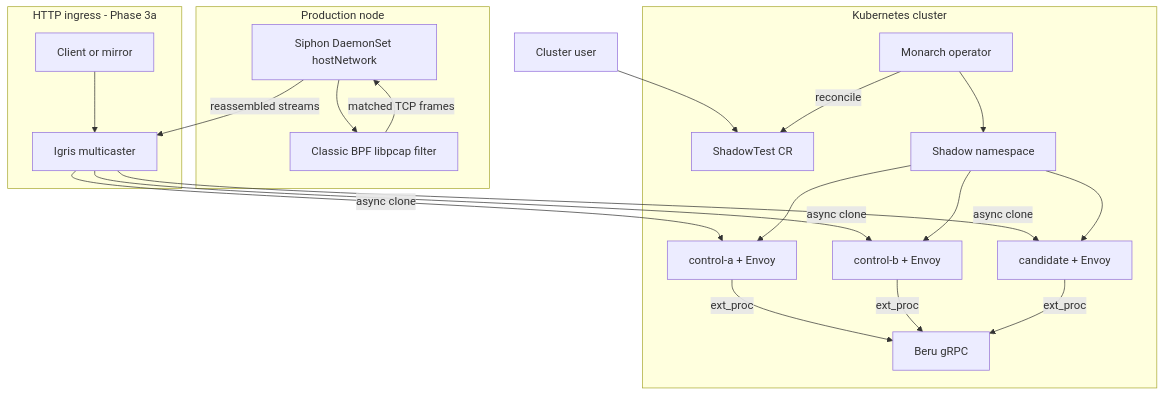
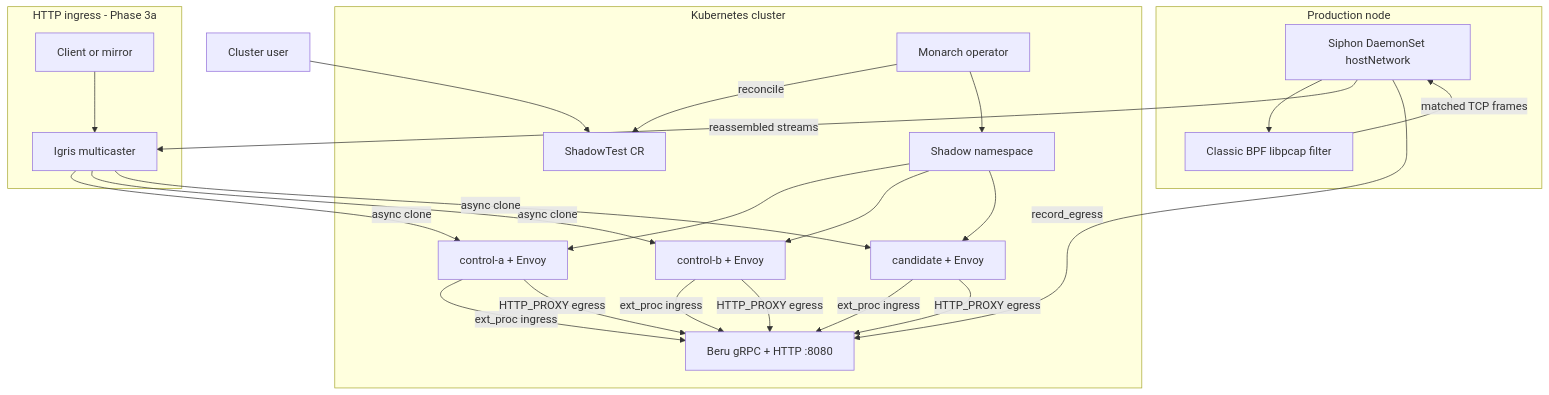
The first of 7 diagrams in ARCHITECTURE.md (nederrgo/shadow-diff), drawn with Mermaid before and after one commit. The commit also changed other lines of this file and 1 other file, not shown here.

````diff
--- a/ARCHITECTURE.md
+++ b/ARCHITECTURE.md
@@ -36,37 +38,41 @@
 ```mermaid
 flowchart TB
   subgraph prod [Production node]
     Cap[Siphon DaemonSet hostNetwork]
     BPF[Classic BPF libpcap filter]
     Cap --> BPF
   end
   subgraph ingress [HTTP ingress - Phase 3a]
     Client[Client or mirror]
     Igris[Igris multicaster]
   end
   subgraph cluster [Kubernetes cluster]
     CR[ShadowTest CR]
     Monarch[Monarch operator]
     SNS[Shadow namespace]
     A[control-a + Envoy]
     B[control-b + Envoy]
     C[candidate + Envoy]
-    Beru[Beru gRPC]
+    Beru[Beru gRPC + HTTP :8080]
   end
 
   Client --> Igris
   BPF -->|matched TCP frames| Cap
   Cap -->|reassembled streams| Igris
   Igris -->|async clone| A
   Igris -->|async clone| B
   Igris -->|async clone| C
   User[Cluster user] --> CR
   Monarch -->|reconcile| CR
   Monarch --> SNS
   SNS --> A
   SNS --> B
   SNS --> C
-  A -->|ext_proc| Beru
-  B -->|ext_proc| Beru
-  C -->|ext_proc| Beru
+  A -->|ext_proc ingress| Beru
+  B -->|ext_proc ingress| Beru
+  C -->|ext_proc ingress| Beru
+  A -->|HTTP_PROXY egress| Beru
+  B -->|HTTP_PROXY egress| Beru
+  C -->|HTTP_PROXY egress| Beru
+  Cap -->|record_egress| Beru
 ```
````
